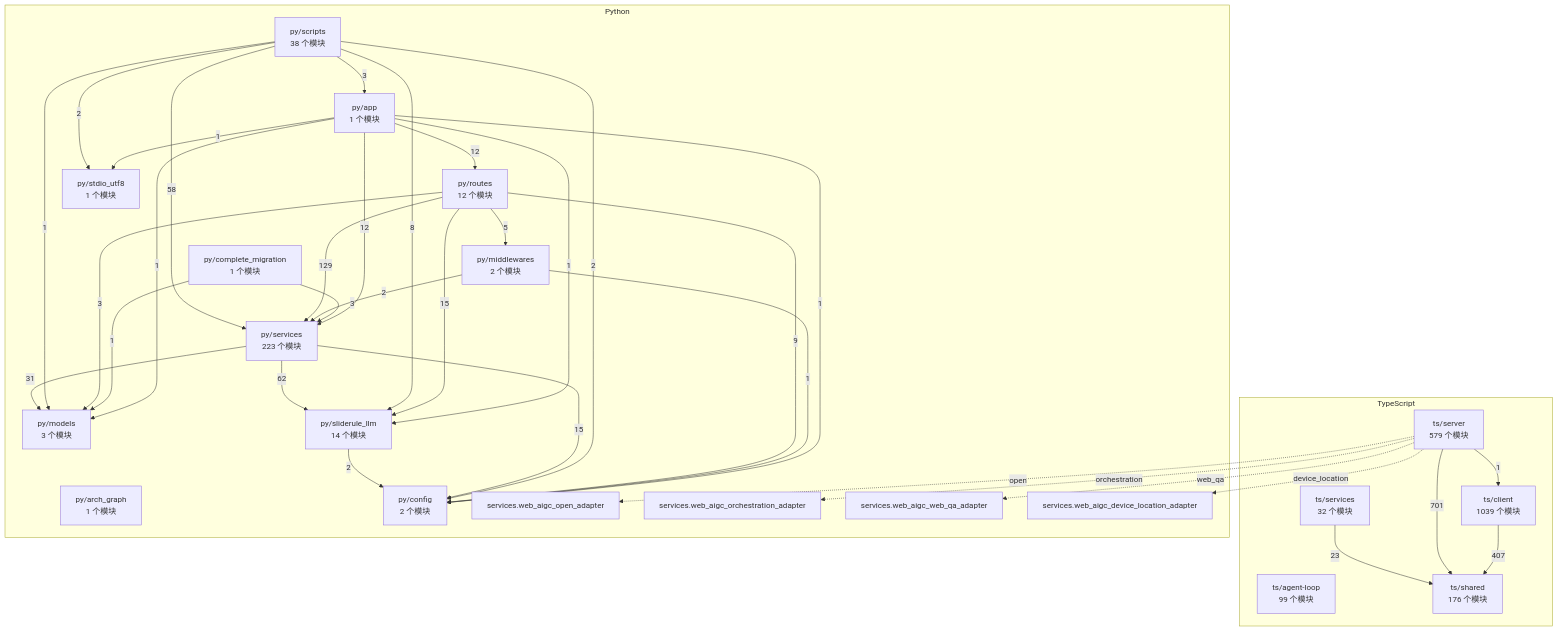
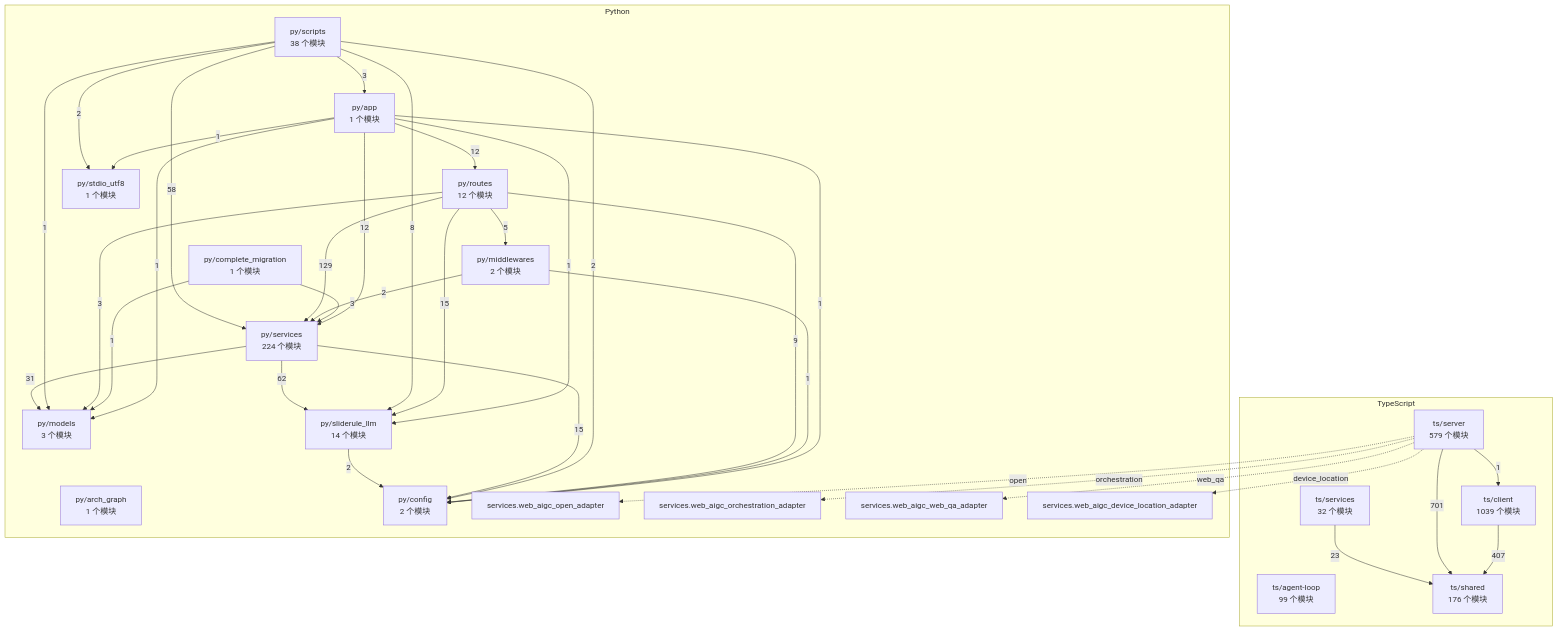
One commit to 2686521696/WhyBuddy changed the diagram in docs/WhyBuddy 全仓架构图（自动生成）.md. Above: the diagram before and after it, drawn with Mermaid. The commit also changed 5 other files, not shown here.

````diff
--- a/docs/WhyBuddy 全仓架构图（自动生成）.md
+++ b/docs/WhyBuddy 全仓架构图（自动生成）.md
@@ -14,60 +14,60 @@
 ```mermaid
 flowchart TB
   subgraph ts [TypeScript]
     ts_agent_loop["ts/agent-loop<br/>99 个模块"]
     ts_client["ts/client<br/>1039 个模块"]
     ts_server["ts/server<br/>579 个模块"]
     ts_services["ts/services<br/>32 个模块"]
     ts_shared["ts/shared<br/>176 个模块"]
   end
   subgraph py [Python]
     py_app["py/app<br/>1 个模块"]
     py_arch_graph["py/arch_graph<br/>1 个模块"]
     py_complete_migration["py/complete_migration<br/>1 个模块"]
     py_config["py/config<br/>2 个模块"]
     py_middlewares["py/middlewares<br/>2 个模块"]
     py_models["py/models<br/>3 个模块"]
     py_routes["py/routes<br/>12 个模块"]
     py_scripts["py/scripts<br/>38 个模块"]
-    py_services["py/services<br/>223 个模块"]
+    py_services["py/services<br/>224 个模块"]
     py_sliderule_llm["py/sliderule_llm<br/>14 个模块"]
     py_stdio_utf8["py/stdio_utf8<br/>1 个模块"]
     py_services_web_aigc_open_adapter["services.web_aigc_open_adapter"]
     py_services_web_aigc_orchestration_adapter["services.web_aigc_orchestration_adapter"]
     py_services_web_aigc_web_qa_adapter["services.web_aigc_web_qa_adapter"]
     py_services_web_aigc_device_location_adapter["services.web_aigc_device_location_adapter"]
   end
   ts_client -->|407| ts_shared
   ts_server -->|1| ts_client
   ts_server -->|701| ts_shared
   ts_services -->|23| ts_shared
   py_app -->|1| py_config
   py_app -->|1| py_models
   py_app -->|12| py_routes
   py_app -->|12| py_services
   py_app -->|1| py_sliderule_llm
   py_app -->|1| py_stdio_utf8
   py_complete_migration -->|1| py_models
   py_complete_migration -->|3| py_services
   py_middlewares -->|1| py_config
   py_middlewares -->|2| py_services
   py_routes -->|9| py_config
   py_routes -->|5| py_middlewares
   py_routes -->|3| py_models
   py_routes -->|129| py_services
   py_routes -->|15| py_sliderule_llm
   py_scripts -->|3| py_app
   py_scripts -->|2| py_config
   py_scripts -->|1| py_models
   py_scripts -->|58| py_services
   py_scripts -->|8| py_sliderule_llm
   py_scripts -->|2| py_stdio_utf8
   py_services -->|15| py_config
   py_services -->|31| py_models
   py_services -->|62| py_sliderule_llm
   py_sliderule_llm -->|2| py_config
   ts_server -.->|open| py_services_web_aigc_open_adapter
   ts_server -.->|orchestration| py_services_web_aigc_orchestration_adapter
   ts_server -.->|web_qa| py_services_web_aigc_web_qa_adapter
   ts_server -.->|device_location| py_services_web_aigc_device_location_adapter
 ```
````
